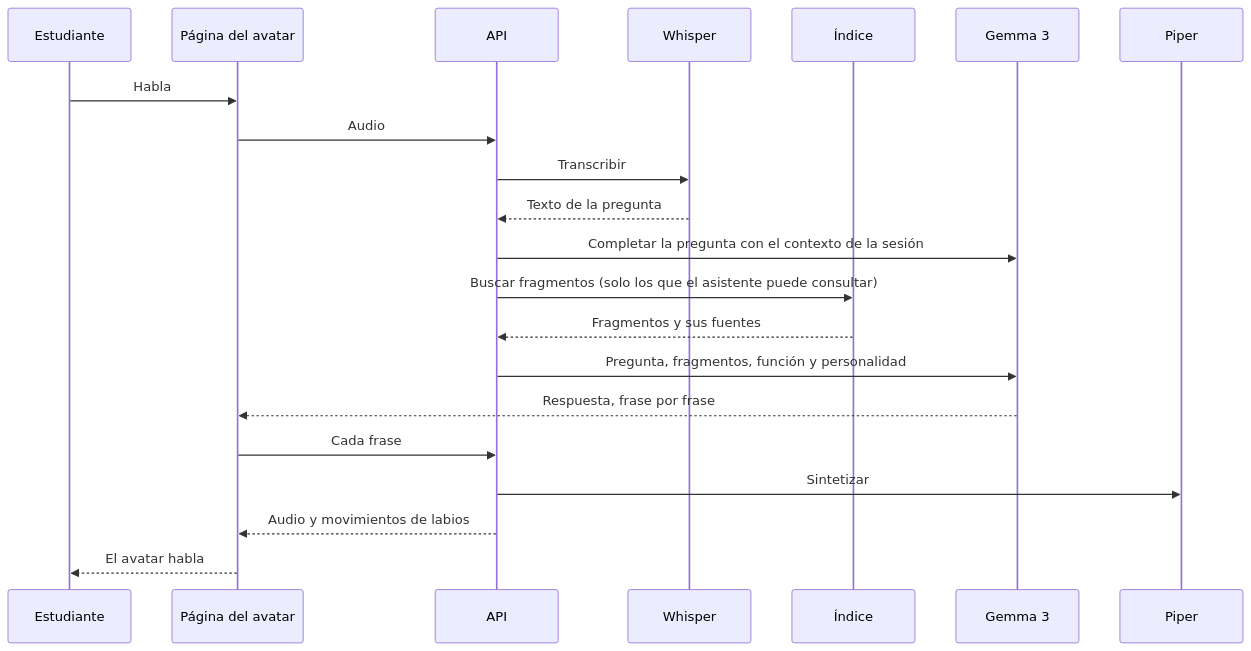
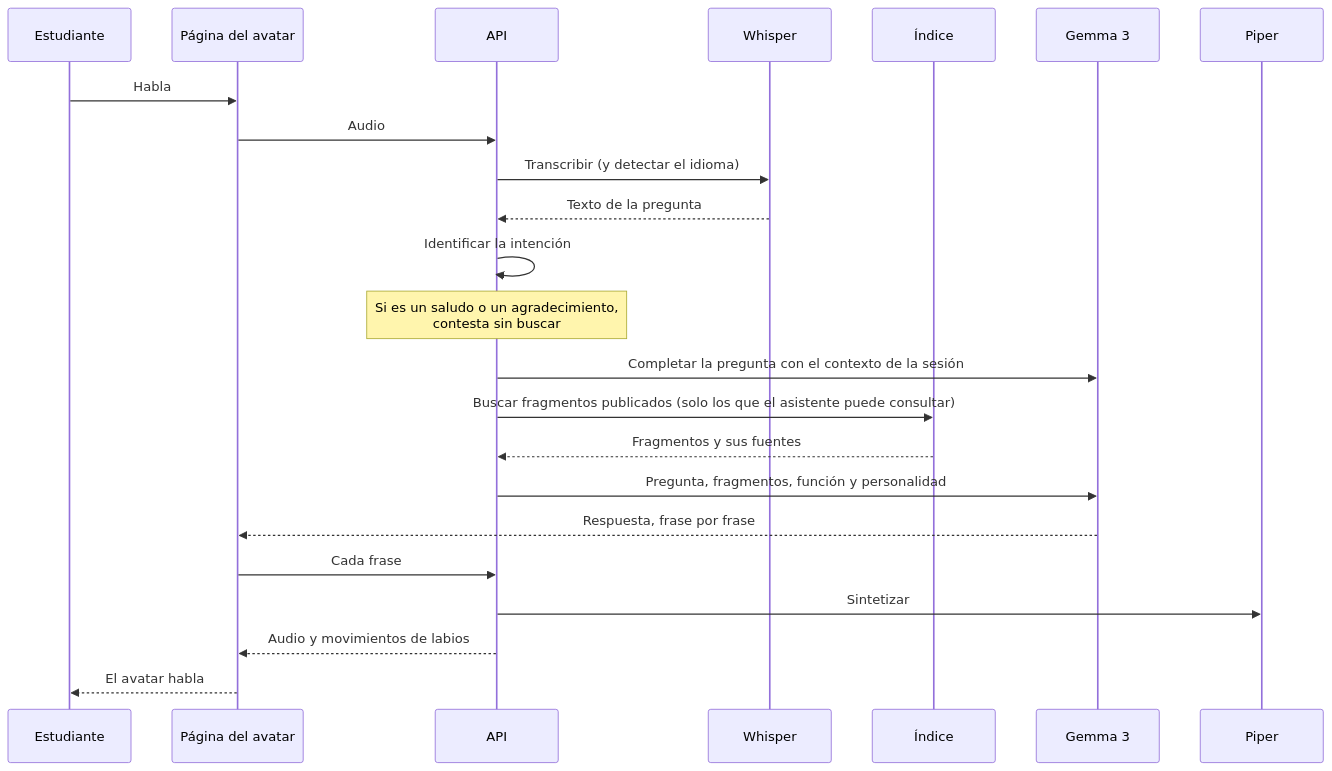
The second of 3 diagrams in docs/arquitectura.md (DIDDY616/Chatbot), drawn with Mermaid before and after one commit. The commit also changed other lines of this file and 88 other files, not shown here.

````diff
--- a/docs/arquitectura.md
+++ b/docs/arquitectura.md
@@ -68,24 +73,26 @@
 ```mermaid
 sequenceDiagram
     participant U as Estudiante
     participant W as Página del avatar
     participant API
     participant STT as Whisper
     participant V as Índice
     participant LLM as Gemma 3
     participant TTS as Piper
 
     U->>W: Habla
     W->>API: Audio
-    API->>STT: Transcribir
+    API->>STT: Transcribir (y detectar el idioma)
     STT-->>API: Texto de la pregunta
+    API->>API: Identificar la intención
+    Note over API: Si es un saludo o un agradecimiento,<br>contesta sin buscar
     API->>LLM: Completar la pregunta con el contexto de la sesión
-    API->>V: Buscar fragmentos (solo los que el asistente puede consultar)
+    API->>V: Buscar fragmentos publicados (solo los que el asistente puede consultar)
     V-->>API: Fragmentos y sus fuentes
     API->>LLM: Pregunta, fragmentos, función y personalidad
     LLM-->>W: Respuesta, frase por frase
     W->>API: Cada frase
     API->>TTS: Sintetizar
     API-->>W: Audio y movimientos de labios
     W-->>U: El avatar habla
 ```
````
